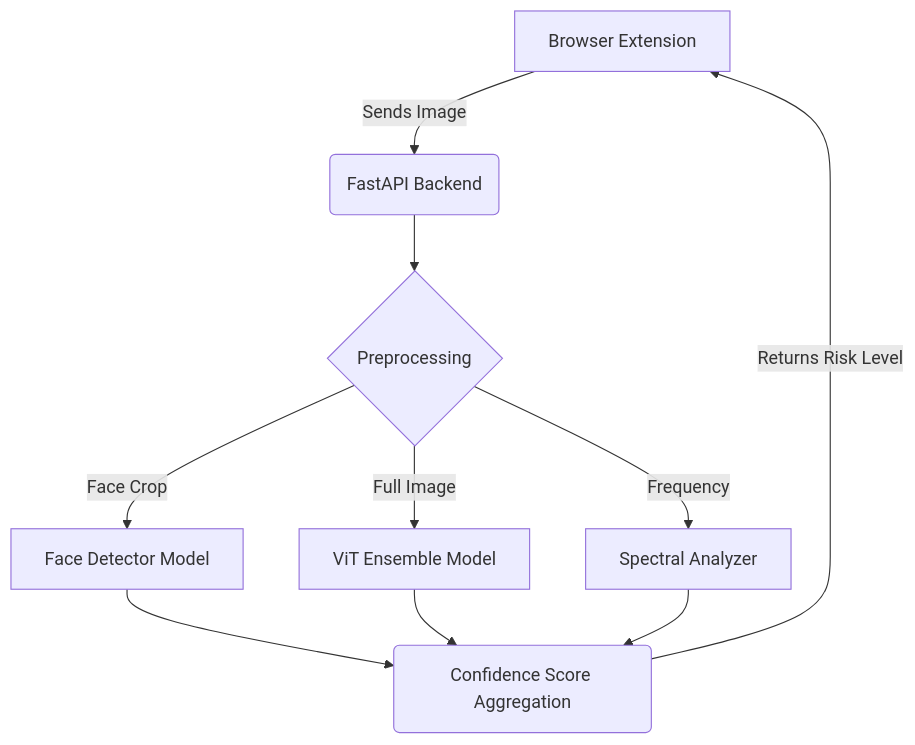
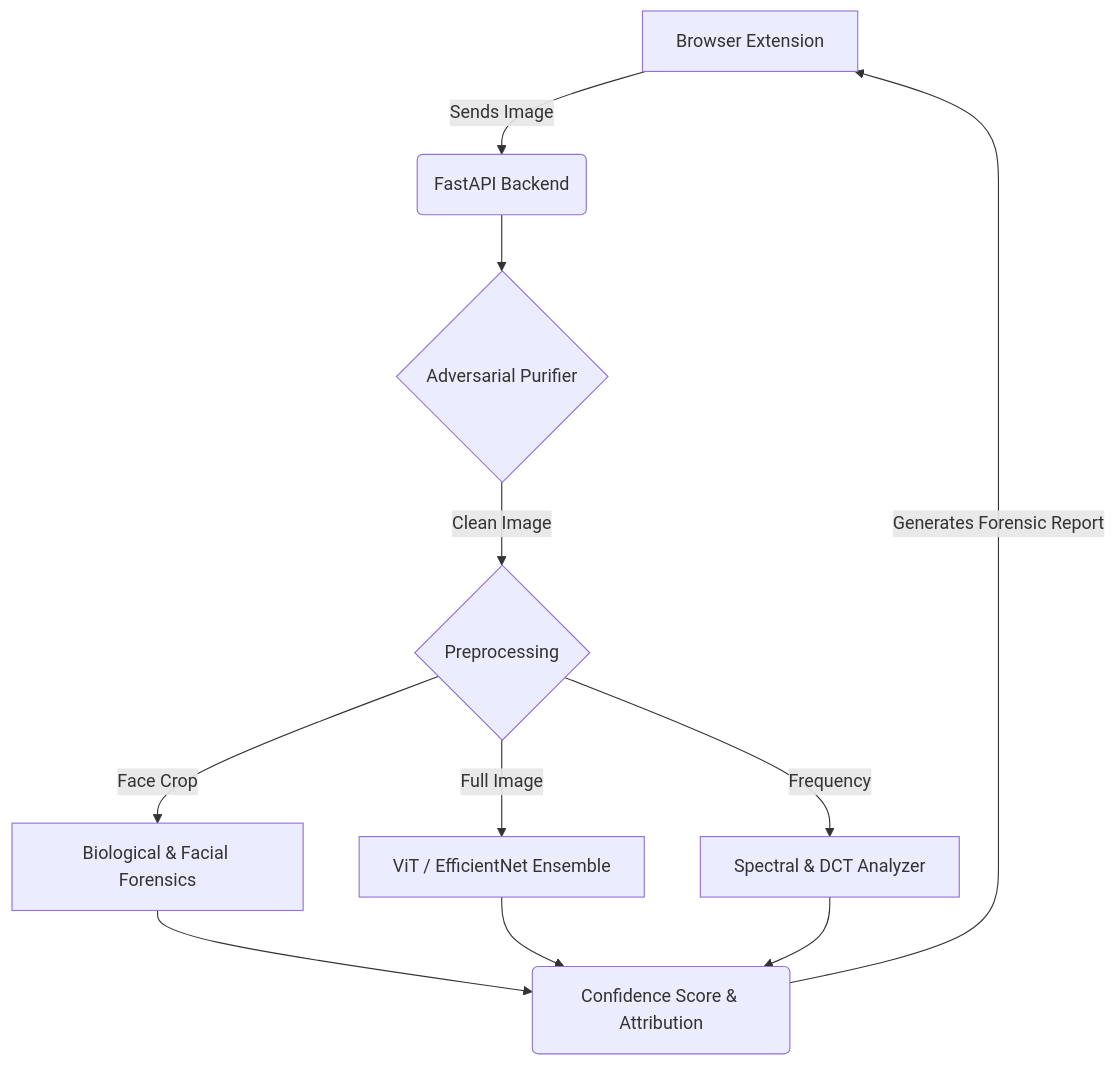
Before and after one commit to openseekai/OpenSeek: the diagram in README.md, drawn with Mermaid. The commit also changed other lines of this file and 56 other files, not shown here.

````diff
--- a/README.md
+++ b/README.md
@@ -55,12 +58,13 @@
 ```mermaid
 graph TD;
     A[Browser Extension] -->|Sends Image| B(FastAPI Backend);
-    B --> C{Preprocessing};
-    C -->|Face Crop| D[Face Detector Model];
-    C -->|Full Image| E[ViT Ensemble Model];
-    C -->|Frequency| F[Spectral Analyzer];
-    D --> G(Confidence Score Aggregation);
-    E --> G;
-    F --> G;
-    G -->|Returns Risk Level| A;
+    B --> C{Adversarial Purifier};
+    C -->|Clean Image| D{Preprocessing};
+    D -->|Face Crop| E[Biological & Facial Forensics];
+    D -->|Full Image| F[ViT / EfficientNet Ensemble];
+    D -->|Frequency| G[Spectral & DCT Analyzer];
+    E --> H(Confidence Score & Attribution);
+    F --> H;
+    G --> H;
+    H -->|Generates Forensic Report| A;
 ```
````
